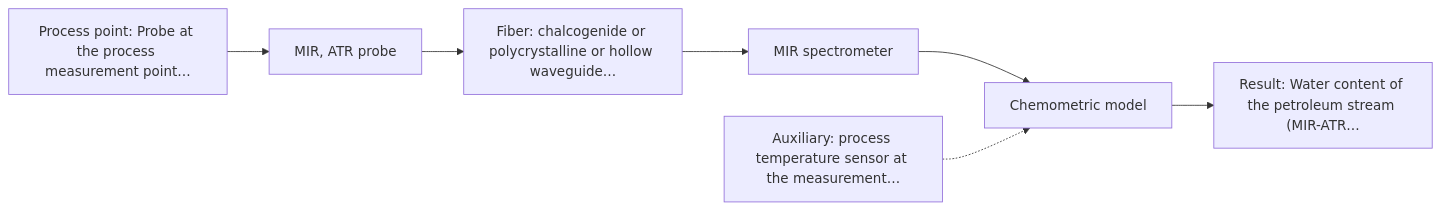
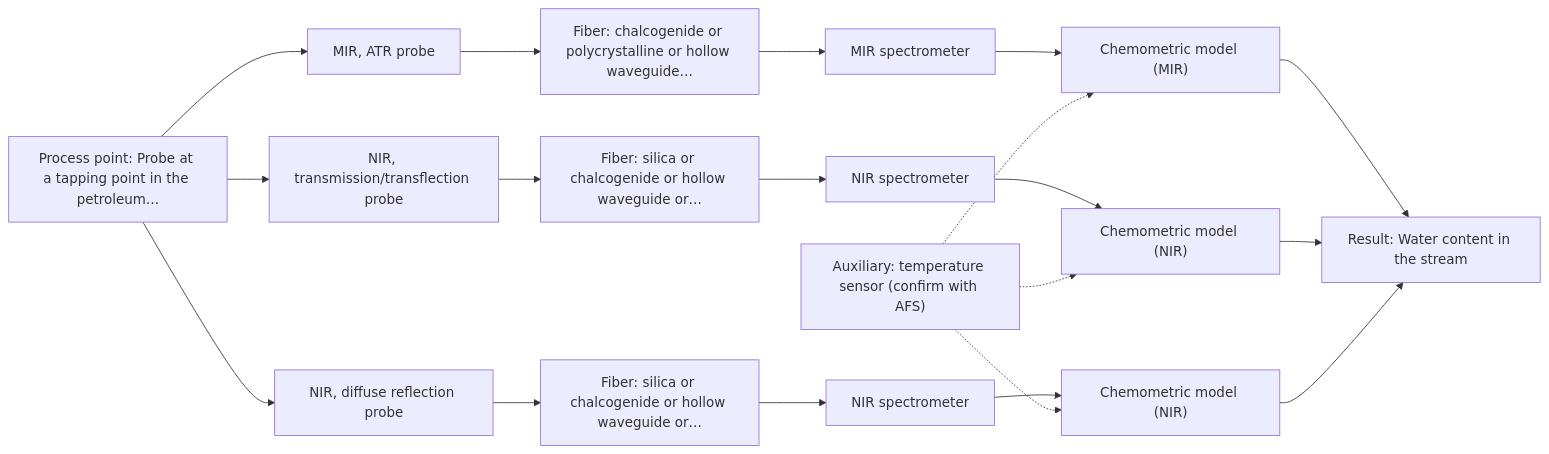
Before and after one commit to sleipnir029/Afs-Spectroscopy-Assistant: the diagram in outputs/dev/D06.md, drawn with Mermaid. The commit also changed other lines of this file and 15 other files, not shown here.

Commit message:
Phase 4 dev outputs (--external=live, code f6538ee): 8/8 pass, 0 hard failures, 227/227 citations, replay 8/8 equal, 15/15 charts, 8/8 cost

````diff
--- a/outputs/dev/D06.md
+++ b/outputs/dev/D06.md
@@ -35,16 +37,36 @@
 ```mermaid
 flowchart LR
-    proc["Process point: Probe at the process measurement point…"]
+    proc["Process point: Probe at a tapping point in the petroleum…"]
     probe1["MIR, ATR probe"]
     fiber1["Fiber: chalcogenide or polycrystalline or hollow waveguide…"]
     spec1["MIR spectrometer"]
-    model["Chemometric model"]
-    result["Result: Water content of the petroleum stream (MIR-ATR…"]
-    aux1["Auxiliary: process temperature sensor at the measurement…"]
+    model1["Chemometric model (MIR)"]
+    probe2["NIR, transmission/transflection probe"]
+    fiber2["Fiber: silica or chalcogenide or hollow waveguide or…"]
+    spec2["NIR spectrometer"]
+    model2["Chemometric model (NIR)"]
+    probe3["NIR, diffuse reflection probe"]
+    fiber3["Fiber: silica or chalcogenide or hollow waveguide or…"]
+    spec3["NIR spectrometer"]
+    model3["Chemometric model (NIR)"]
+    result["Result: Water content in the stream"]
+    aux1["Auxiliary: temperature sensor (confirm with AFS)"]
     proc --> probe1
     probe1 --> fiber1
     fiber1 --> spec1
-    spec1 --> model
-    model --> result
-    aux1 -.-> model
+    spec1 --> model1
+    proc --> probe2
+    probe2 --> fiber2
+    fiber2 --> spec2
+    spec2 --> model2
+    proc --> probe3
+    probe3 --> fiber3
+    fiber3 --> spec3
+    spec3 --> model3
+    model1 --> result
+    model2 --> result
+    model3 --> result
+    aux1 -.-> model1
+    aux1 -.-> model2
+    aux1 -.-> model3
 ```
````
